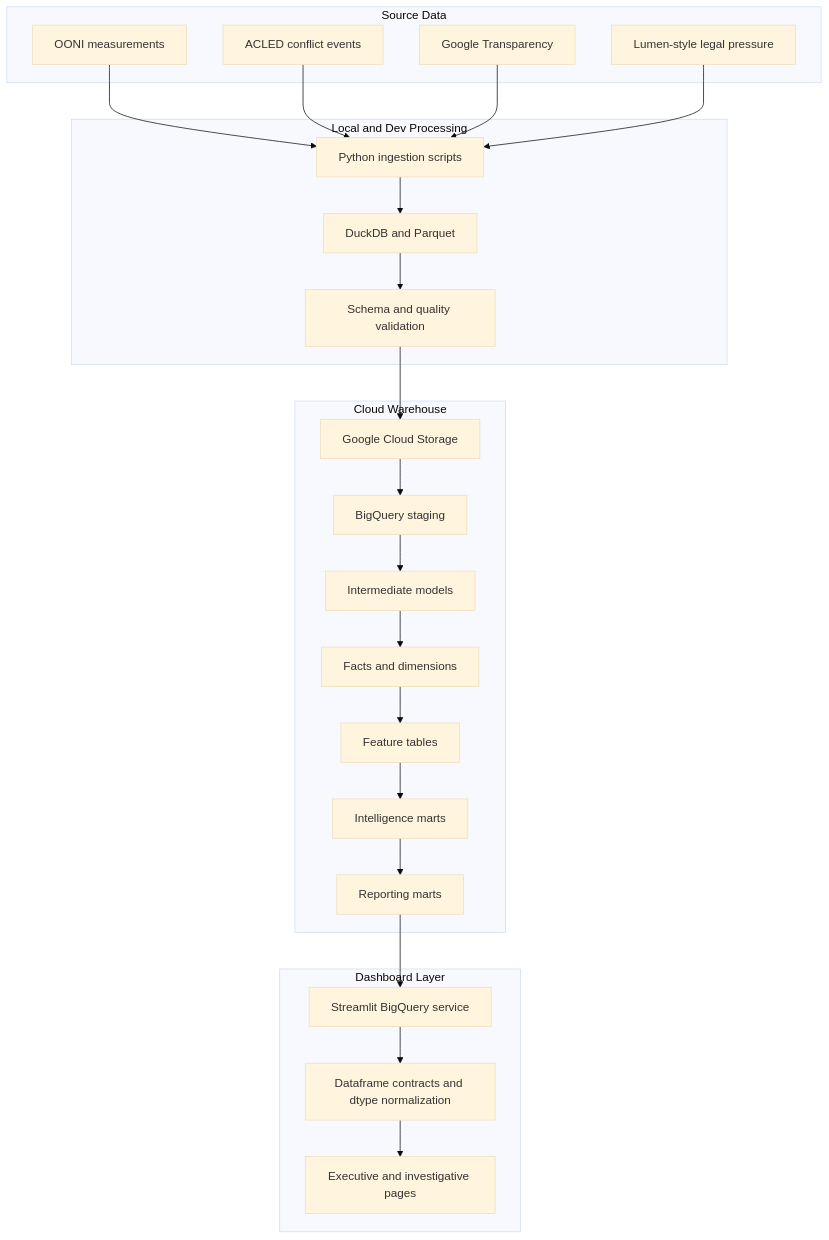
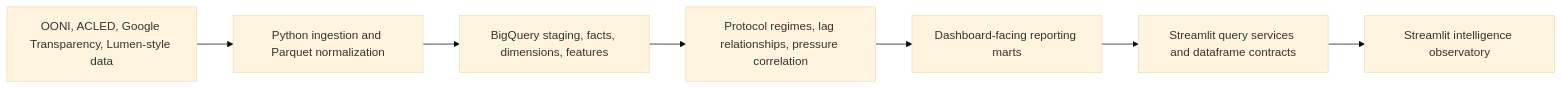
Before and after one commit to Sanjomwa/Civil-Liberties-Intelligence-Observatory: the diagram in README.md, drawn with Mermaid (base theme). The commit also changed other lines of this file, not shown here.

````diff
--- a/README.md
+++ b/README.md
@@ -313,48 +290,17 @@
 ```mermaid
-flowchart TB
-    subgraph Sources["Source Data"]
-        OONI["OONI measurements"]
-        ACLED["ACLED conflict events"]
-        Google["Google Transparency"]
-        Lumen["Lumen-style legal pressure"]
-    end
+flowchart LR
+    Sources["OONI, ACLED, Google Transparency, Lumen-style data"]
+    Ingest["Python ingestion and Parquet normalization"]
+    Warehouse["BigQuery staging, facts, dimensions, features"]
+    Intelligence["Protocol regimes, lag relationships, pressure correlation"]
+    Reporting["Dashboard-facing reporting marts"]
+    Contracts["Streamlit query services and dataframe contracts"]
+    Dashboard["Streamlit intelligence observatory"]
 
-    subgraph Local["Local and Dev Processing"]
-        Python["Python ingestion scripts"]
-        DuckDB["DuckDB and Parquet"]
-        Validation["Schema and quality validation"]
-    end
-
-    subgraph Cloud["Cloud Warehouse"]
-        GCS["Google Cloud Storage"]
-        Staging["BigQuery staging"]
-        Intermediate["Intermediate models"]
-        Marts["Facts and dimensions"]
-        Features["Feature tables"]
-        Intelligence["Intelligence marts"]
-        Reporting["Reporting marts"]
-    end
-
-    subgraph App["Dashboard Layer"]
-        BQService["Streamlit BigQuery service"]
-        Contracts["Dataframe contracts and dtype normalization"]
-        Pages["Executive and investigative pages"]
-    end
-
-    OONI --> Python
-    ACLED --> Python
-    Google --> Python
-    Lumen --> Python
-    Python --> DuckDB
-    DuckDB --> Validation
-    Validation --> GCS
-    GCS --> Staging
-    Staging --> Intermediate
-    Intermediate --> Marts
-    Marts --> Features
-    Features --> Intelligence
+    Sources --> Ingest
+    Ingest --> Warehouse
+    Warehouse --> Intelligence
     Intelligence --> Reporting
-    Reporting --> BQService
-    BQService --> Contracts
-    Contracts --> Pages
+    Reporting --> Contracts
+    Contracts --> Dashboard
 ```
````
